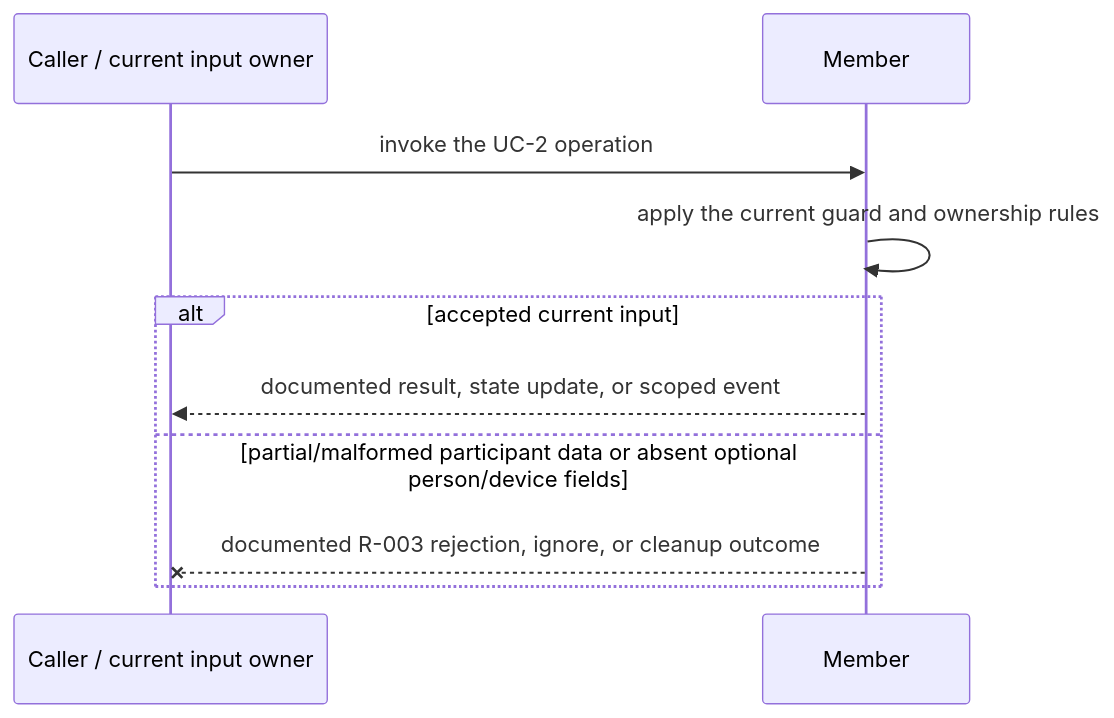
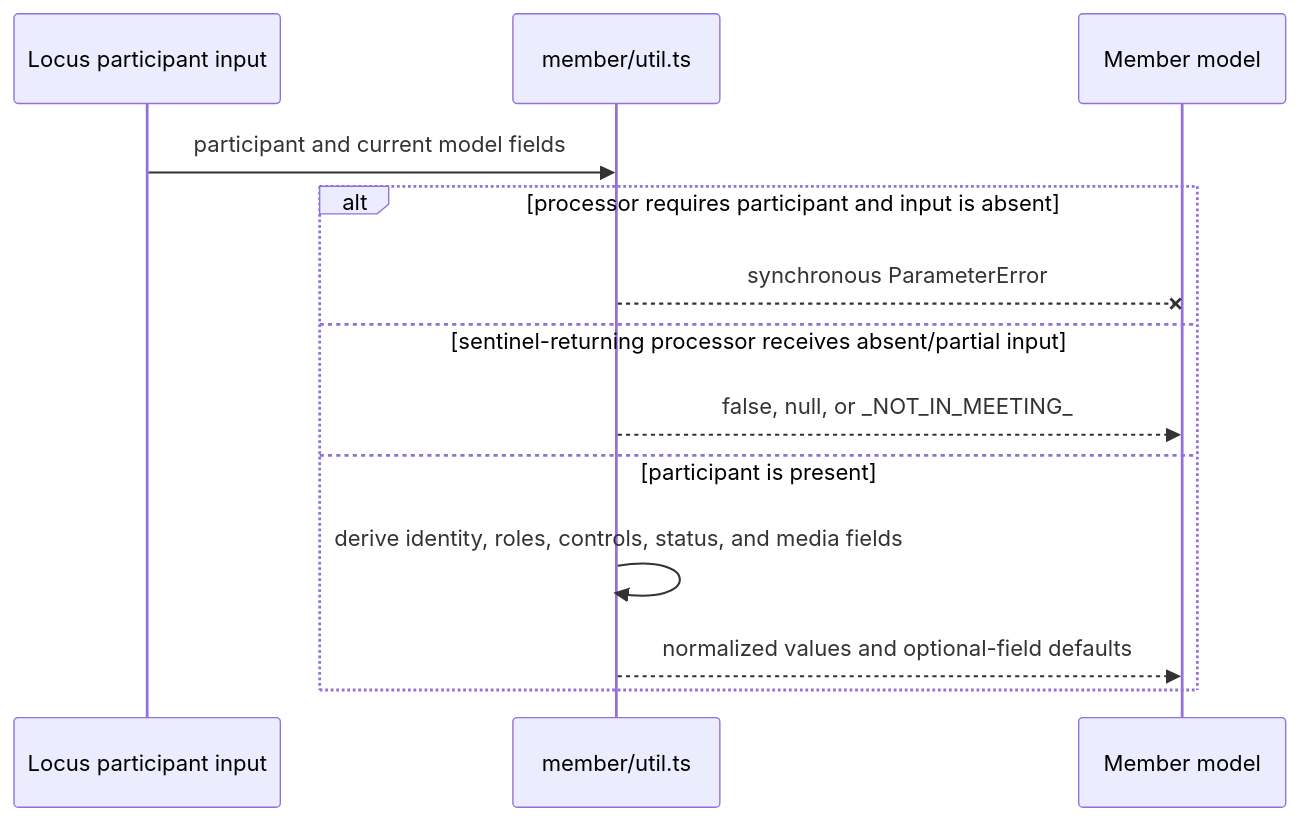
Before and after one commit to webex/webex-js-sdk: the third of 4 diagrams in packages/@webex/plugin-meetings/src/member/ai-docs/member-spec.md, drawn with Mermaid. The commit also changed other lines of this file and 24 other files, not shown here.

````diff
--- a/packages/@webex/plugin-meetings/src/member/ai-docs/member-spec.md
+++ b/packages/@webex/plugin-meetings/src/member/ai-docs/member-spec.md
@@ -130,12 +131,15 @@
 ```mermaid
 sequenceDiagram
-  participant C as Caller / current input owner
-  participant M as Member
-  C->>M: invoke the UC-2 operation
-  M->>M: apply the current guard and ownership rules
-  alt accepted current input
-    M-->>C: documented result, state update, or scoped event
-  else partial/malformed participant data or absent optional person/device fields
-    M--xC: documented R-003 rejection, ignore, or cleanup outcome
+  participant P as Locus participant input
+  participant U as member/util.ts
+  participant M as Member model
+  P->>U: participant and current model fields
+  alt processor requires participant and input is absent
+    U--xM: synchronous ParameterError
+  else sentinel-returning processor receives absent/partial input
+    U-->>M: false, null, or _NOT_IN_MEETING_
+  else participant is present
+    U->>U: derive identity, roles, controls, status, and media fields
+    U-->>M: normalized values and optional-field defaults
   end
 ```
````
